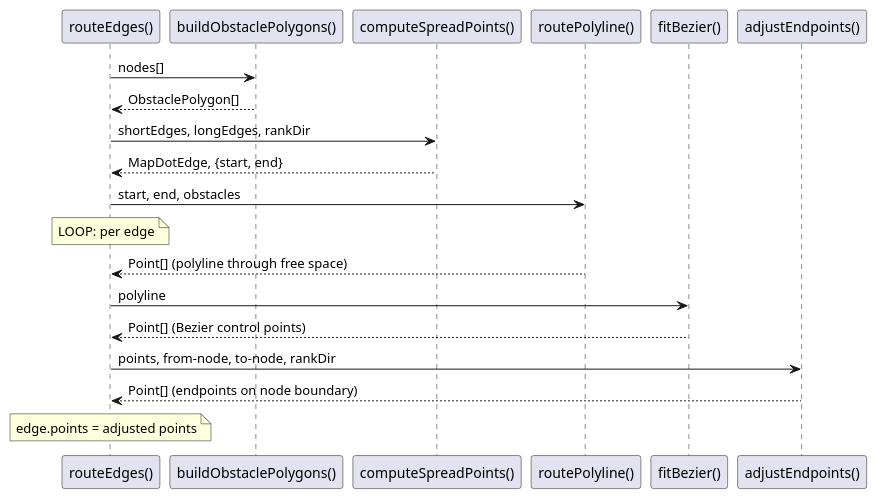
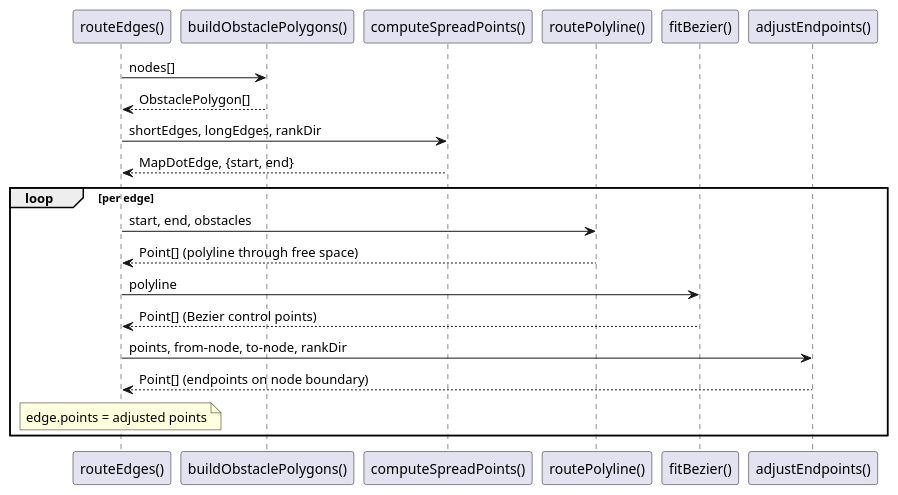
The second of 3 diagrams in plans/dot-engine-parity/diagrams/data-flow.md (knowvah/plantuml-ts), drawn with PlantUML before and after one commit. The commit also changed 13 other files, not shown here.

First line of the commit message:
docs: restore real alt/else/loop grouping in the converted diagrams

````diff
--- a/plans/dot-engine-parity/diagrams/data-flow.md
+++ b/plans/dot-engine-parity/diagrams/data-flow.md
@@ -40,25 +40,23 @@
 ```plantuml
 @startuml
-' NOTE: mermaid grouping flattened -- alt/opt/loop/group render the whole
-' diagram EMPTY in plantuml-ts today (.agent-notes/plantuml-sequence-group-empty.md).
-' Original nesting: loop per edge
 participant "routeEdges()" as RE
 participant "buildObstaclePolygons()" as OBS
 participant "computeSpreadPoints()" as SP
 participant "routePolyline()" as RT
 participant "fitBezier()" as BZ
 participant "adjustEndpoints()" as ADJ
 RE -> OBS : nodes[]
 OBS --> RE : ObstaclePolygon[]
 RE -> SP : shortEdges, longEdges, rankDir
 SP --> RE : MapDotEdge, {start, end}
-RE -> RT : start, end, obstacles
-note over RE : LOOP: per edge
-RT --> RE : Point[] (polyline through free space)
-RE -> BZ : polyline
-BZ --> RE : Point[] (Bezier control points)
-RE -> ADJ : points, from-node, to-node, rankDir
-ADJ --> RE : Point[] (endpoints on node boundary)
+loop per edge
+  RE -> RT : start, end, obstacles
+  RT --> RE : Point[] (polyline through free space)
+  RE -> BZ : polyline
+  BZ --> RE : Point[] (Bezier control points)
+  RE -> ADJ : points, from-node, to-node, rankDir
+  ADJ --> RE : Point[] (endpoints on node boundary)
 note over RE : edge.points = adjusted points
+end
 @enduml
 ```
````
